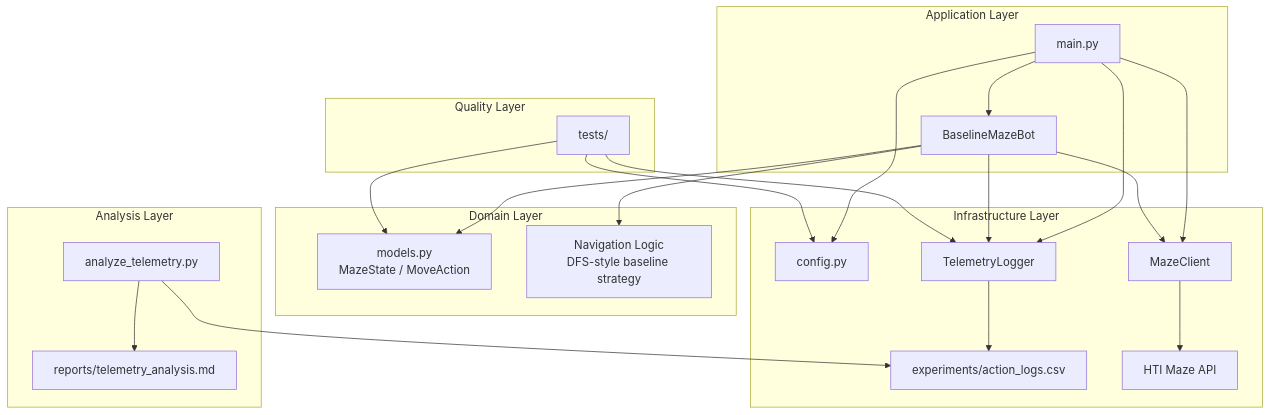
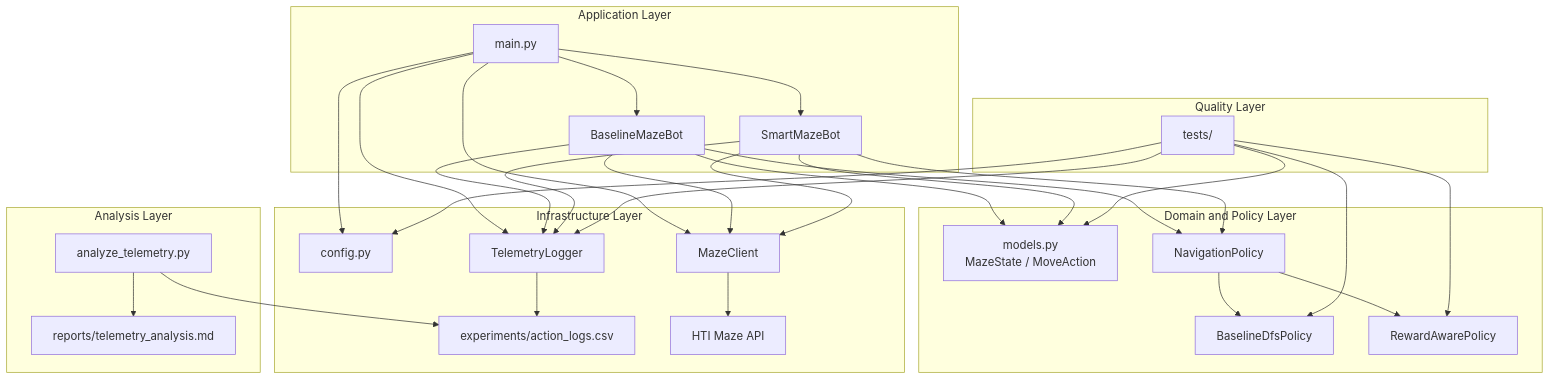
The diagram in README.md (CAcarSci/adaptive-maze-agent), drawn with Mermaid before and after one commit. The commit also changed other lines of this file and 13 other files, not shown here.

Commit message:
Add reward aware smart bot

````diff
--- a/README.md
+++ b/README.md
@@ -115,54 +177,70 @@
 ```mermaid
 flowchart TD
     %% Application Layer
     subgraph APP[Application Layer]
         A[main.py]
         B[BaselineMazeBot]
+        C[SmartMazeBot]
     end
 
-    %% Domain Layer
-    subgraph DOMAIN[Domain Layer]
-        C[models.py<br/>MazeState / MoveAction]
-        D[Navigation Logic<br/>DFS-style baseline strategy]
+    %% Domain and Policy Layer
+    subgraph DOMAIN[Domain and Policy Layer]
+        D[models.py<br/>MazeState / MoveAction]
+        E[NavigationPolicy]
+        F[BaselineDfsPolicy]
+        G[RewardAwarePolicy]
     end
 
     %% Infrastructure Layer
     subgraph INFRA[Infrastructure Layer]
-        E[config.py]
-        F[MazeClient]
-        G[TelemetryLogger]
-        H[experiments/action_logs.csv]
-        I[HTI Maze API]
+        H[config.py]
+        I[MazeClient]
+        J[TelemetryLogger]
+        K[experiments/action_logs.csv]
+        L[HTI Maze API]
     end
 
     %% Analysis Layer
     subgraph ANALYSIS[Analysis Layer]
-        J[analyze_telemetry.py]
-        K[reports/telemetry_analysis.md]
+        M[analyze_telemetry.py]
+        N[reports/telemetry_analysis.md]
     end
 
     %% Quality Layer
     subgraph TESTS[Quality Layer]
-        L[tests/]
+        O[tests/]
     end
 
-    A --> E
-    A --> F
+    A --> H
+    A --> I
     A --> B
-    A --> G
+    A --> C
+    A --> J
+
+    B --> E
+    C --> E
+
+    E --> F
+    E --> G
 
     B --> D
-    B --> C
-    B --> F
-    B --> G
+    C --> D
 
-    F --> I
-    G --> H
+    B --> I
+    C --> I
 
-    J --> H
+    B --> J
+    C --> J
+
+    I --> L
     J --> K
 
-    L --> E
-    L --> C
-    L --> G
+    M --> K
+    M --> N
+
+    O --> H
+    O --> D
+    O --> J
+    O --> F
+    O --> G
 ```
````
